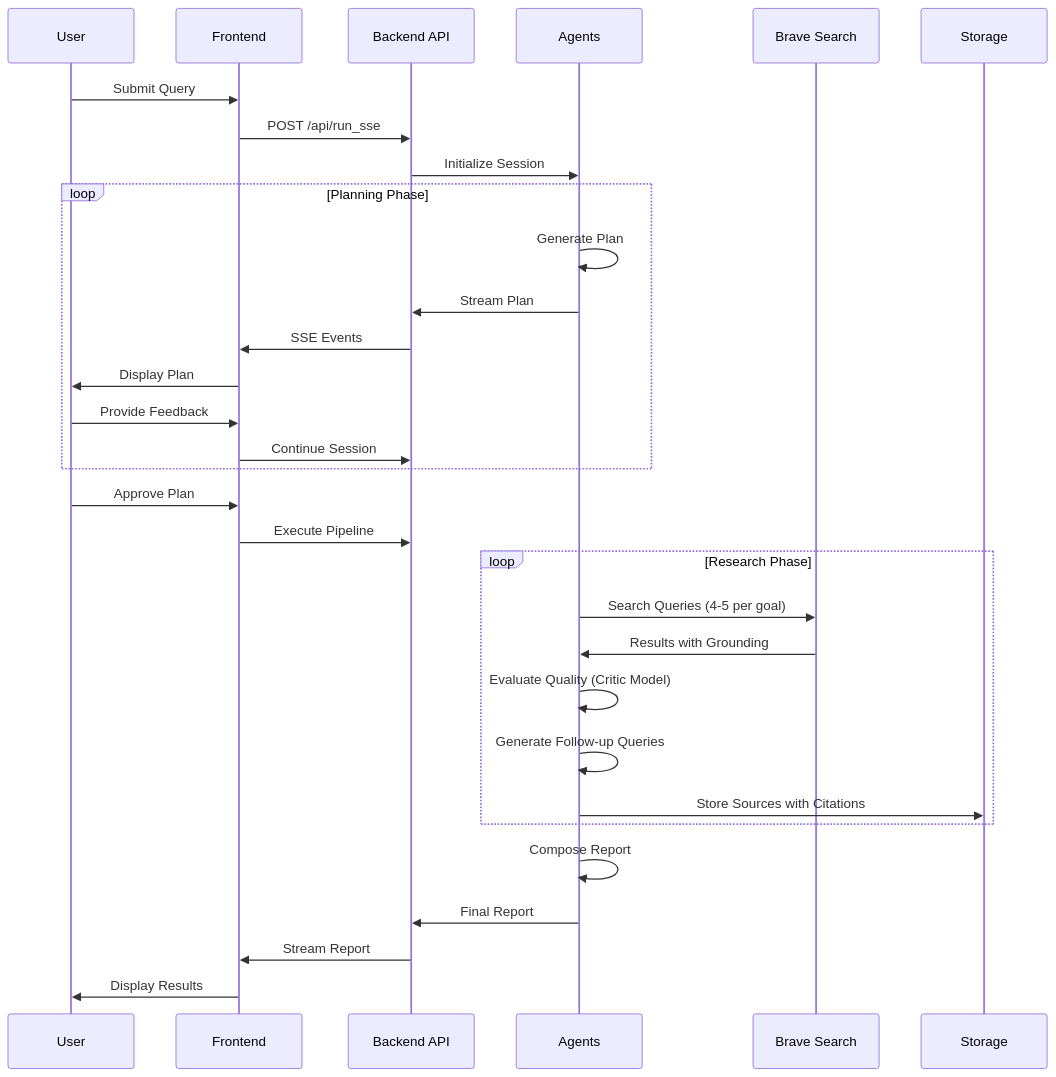
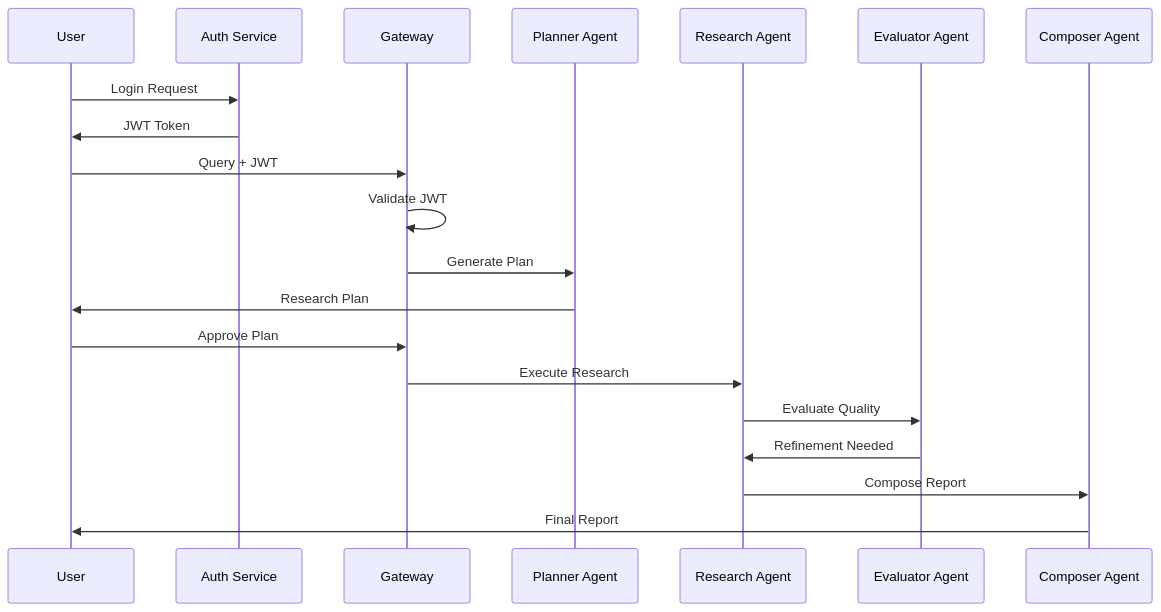
One commit to NickB03/vana changed the second of 4 diagrams in README.md. Above: the diagram before and after it, drawn with Mermaid. The commit also changed other lines of this file and 6 other files, not shown here.

````diff
--- a/README.md
+++ b/README.md
@@ -129,38 +204,23 @@
 ```mermaid
 sequenceDiagram
     participant U as User
-    participant FE as Frontend
-    participant API as Backend API
-    participant AG as Agents
-    participant GS as Brave Search
-    participant DB as Storage
+    participant A as Auth Service
+    participant G as Gateway
+    participant P as Planner Agent
+    participant R as Research Agent
+    participant E as Evaluator Agent
+    participant C as Composer Agent
     
-    U->>FE: Submit Query
-    FE->>API: POST /api/run_sse
-    API->>AG: Initialize Session
-    
-    loop Planning Phase
-        AG->>AG: Generate Plan
-        AG->>API: Stream Plan
-        API->>FE: SSE Events
-        FE->>U: Display Plan
-        U->>FE: Provide Feedback
-        FE->>API: Continue Session
-    end
-    
-    U->>FE: Approve Plan
-    FE->>API: Execute Pipeline
-    
-    loop Research Phase
-        AG->>GS: Search Queries (4-5 per goal)
-        GS->>AG: Results with Grounding
-        AG->>AG: Evaluate Quality (Critic Model)
-        AG->>AG: Generate Follow-up Queries
-        AG->>DB: Store Sources with Citations
-    end
-    
-    AG->>AG: Compose Report
-    AG->>API: Final Report
-    API->>FE: Stream Report
-    FE->>U: Display Results
+    U->>A: Login Request
+    A->>U: JWT Token
+    U->>G: Query + JWT
+    G->>G: Validate JWT
+    G->>P: Generate Plan
+    P->>U: Research Plan
+    U->>G: Approve Plan
+    G->>R: Execute Research
+    R->>E: Evaluate Quality
+    E->>R: Refinement Needed
+    R->>C: Compose Report
+    C->>U: Final Report
 ```
````
